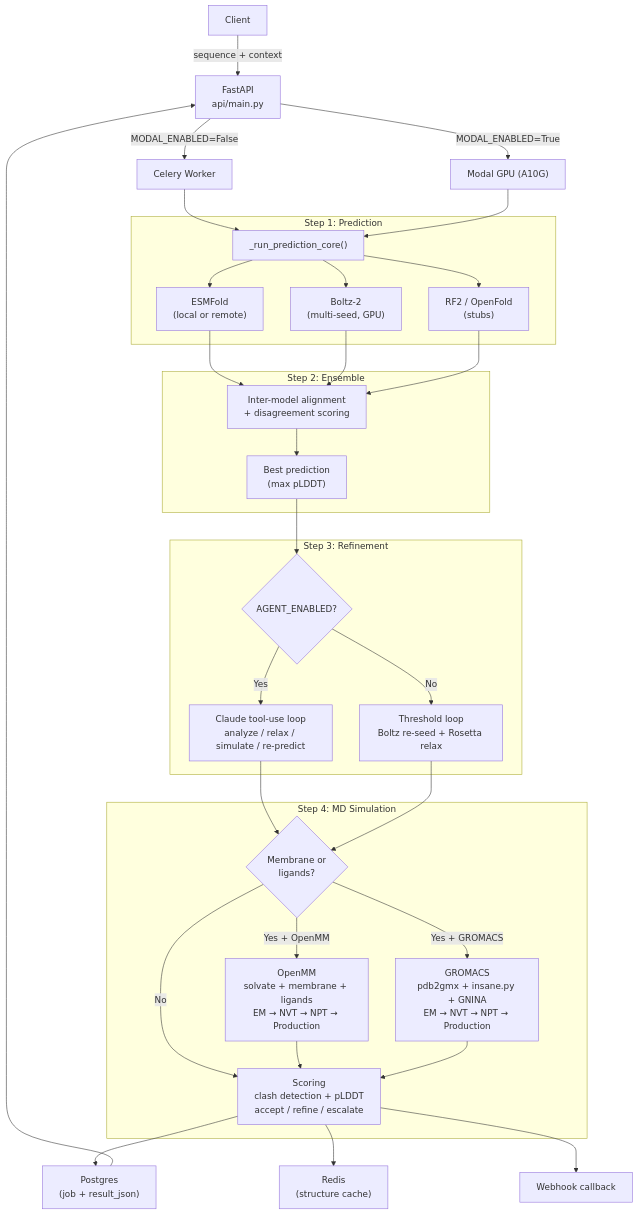
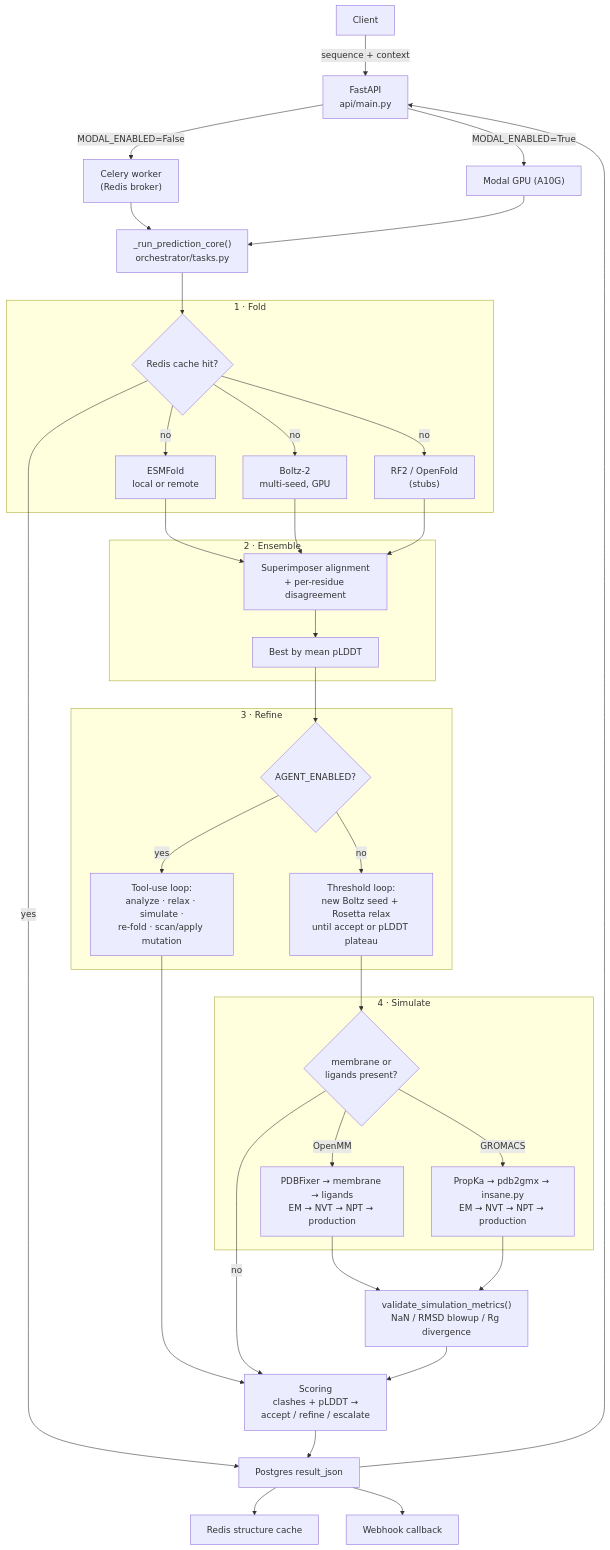
Before and after one commit to Adi0521/ProPredict: the diagram in README.md, drawn with Mermaid. The commit also changed other lines of this file, not shown here.

````diff
--- a/README.md
+++ b/README.md
@@ -7,45 +26,49 @@
 ```mermaid
 flowchart TB
   Client["Client"] -->|sequence + context| API["FastAPI<br/>api/main.py"]
 
-  API -->|MODAL_ENABLED=False| Celery["Celery Worker"]
+  API -->|MODAL_ENABLED=False| Celery["Celery worker<br/>(Redis broker)"]
   API -->|MODAL_ENABLED=True| Modal["Modal GPU (A10G)"]
 
-  Celery --> Core["_run_prediction_core()"]
+  Celery --> Core["_run_prediction_core()<br/>orchestrator/tasks.py"]
   Modal --> Core
 
-  subgraph "Step 1: Prediction"
-    Core --> ESM["ESMFold<br/>(local or remote)"]
-    Core --> Boltz["Boltz-2<br/>(multi-seed, GPU)"]
-    Core --> Stubs["RF2 / OpenFold<br/>(stubs)"]
+  Core --> Cache{"Redis cache hit?"}
+  Cache -->|yes| Done
+
+  subgraph s1["1 · Fold"]
+    Cache -->|no| ESM["ESMFold<br/>local or remote"]
+    Cache -->|no| Boltz["Boltz-2<br/>multi-seed, GPU"]
+    Cache -->|no| Stubs["RF2 / OpenFold<br/>(stubs)"]
   end
 
-  subgraph "Step 2: Ensemble"
-    ESM --> Ensemble["Inter-model alignment<br/>+ disagreement scoring"]
-    Boltz --> Ensemble
-    Stubs --> Ensemble
-    Ensemble --> Best["Best prediction<br/>(max pLDDT)"]
+  subgraph s2["2 · Ensemble"]
+    ESM --> Ens["Superimposer alignment<br/>+ per-residue disagreement"]
+    Boltz --> Ens
+    Stubs --> Ens
+    Ens --> Best["Best by mean pLDDT"]
   end
 
-  subgraph "Step 3: Refinement"
-    Best --> Agent{AGENT_ENABLED?}
-    Agent -->|Yes| Claude["Claude tool-use loop<br/>analyze / relax / simulate / re-predict"]
-    Agent -->|No| Loop["Threshold loop<br/>Boltz re-seed + Rosetta relax"]
+  subgraph s3["3 · Refine"]
+    Best --> Gate{AGENT_ENABLED?}
+    Gate -->|yes| Agent["Tool-use loop:<br/>analyze · relax · simulate ·<br/>re-fold · scan/apply mutation"]
+    Gate -->|no| Loop["Threshold loop:<br/>new Boltz seed + Rosetta relax<br/>until accept or pLDDT plateau"]
   end
 
-  subgraph "Step 4: MD Simulation"
-    Claude --> MD
-    Loop --> MD{Membrane or<br/>ligands?}
-    MD -->|Yes + OpenMM| OpenMM["OpenMM<br/>solvate + membrane + ligands<br/>EM → NVT → NPT → Production"]
-    MD -->|Yes + GROMACS| GMX["GROMACS<br/>pdb2gmx + insane.py + GNINA<br/>EM → NVT → NPT → Production"]
-    MD -->|No| Score
+  subgraph s4["4 · Simulate"]
+    Loop --> MDq{membrane or<br/>ligands present?}
+    MDq -->|OpenMM| OMM["PDBFixer → membrane → ligands<br/>EM → NVT → NPT → production"]
+    MDq -->|GROMACS| GMX["PropKa → pdb2gmx → insane.py<br/>EM → NVT → NPT → production"]
   end
 
-  OpenMM --> Score["Scoring<br/>clash detection + pLDDT<br/>accept / refine / escalate"]
-  GMX --> Score
+  Agent --> Score
+  MDq -->|no| Score
+  OMM --> Val["validate_simulation_metrics()<br/>NaN / RMSD blowup / Rg divergence"]
+  GMX --> Val
+  Val --> Score["Scoring<br/>clashes + pLDDT →<br/>accept / refine / escalate"]
 
-  Score --> DB["Postgres<br/>(job + result_json)"]
-  Score --> Cache["Redis<br/>(structure cache)"]
-  Score --> Webhook["Webhook callback"]
-  DB --> API
+  Score --> Done["Postgres result_json"]
+  Done --> Redis["Redis structure cache"]
+  Done --> Hook["Webhook callback"]
+  Done --> API
 ```
````
